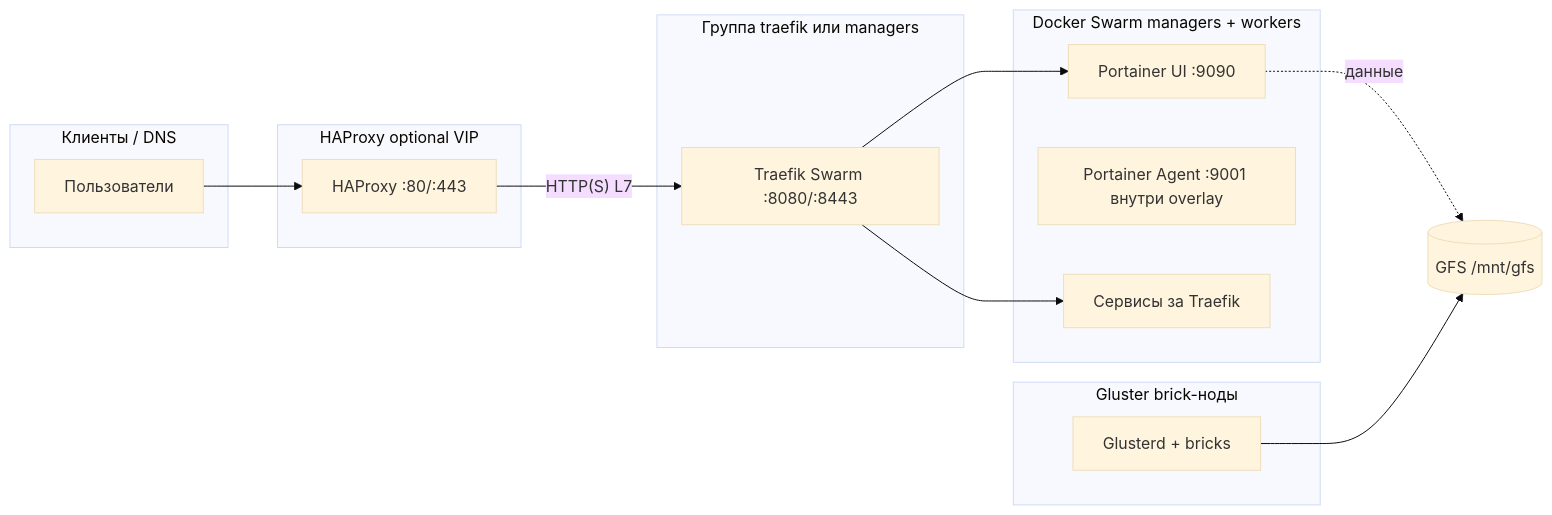
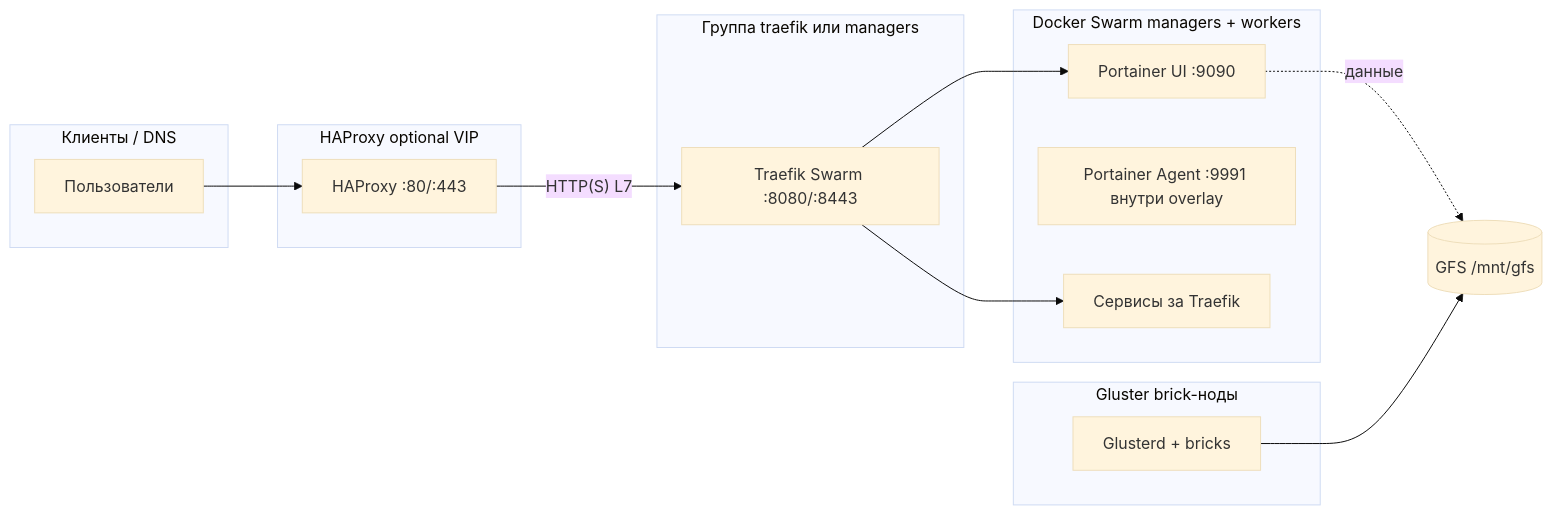
One commit to aS00Sa/docker-swarm-ansible changed the diagram in README.md. Above: the diagram before and after it, drawn with Mermaid (base theme). The commit also changed 7 other files, not shown here.

````diff
--- a/README.md
+++ b/README.md
@@ -12,31 +12,31 @@
 ```mermaid
 flowchart LR
   subgraph clients[Клиенты / DNS]
     U[Пользователи]
   end
 
   subgraph edge[HAProxy optional VIP]
     H[HAProxy :80/:443]
   end
 
   subgraph traefik_hosts[Группа traefik или managers]
     T[Traefik Swarm :8080/:8443]
   end
 
   subgraph swarm[Docker Swarm managers + workers]
     P[Portainer UI :9090]
-    A[Portainer Agent :9001 внутри overlay]
+    A[Portainer Agent :9991 внутри overlay]
     S[Сервисы за Traefik]
   end
 
   subgraph storage[Gluster brick-ноды]
     G[Glusterd + bricks]
   end
 
   U --> H
   H -->|"HTTP(S) L7"| T
   T --> S
   T --> P
   P -.->|данные| GF[(GFS /mnt/gfs)]
   G --> GF
 ```
````
